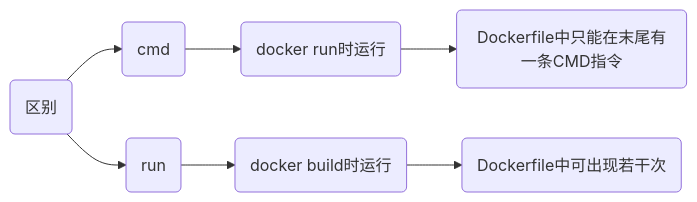
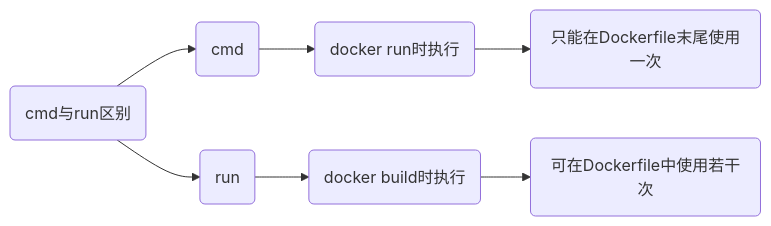
One commit to dmjcb/dmjcb.github.io changed the second of 2 diagrams in _posts/software/docker/2024-11-19-镜像构建.md. Above: the diagram before and after it, drawn with Mermaid. The commit also changed other lines of this file and 11 other files, not shown here.

````diff
--- a/_posts/software/docker/2024-11-19-镜像构建.md
+++ b/_posts/software/docker/2024-11-19-镜像构建.md
@@ -132,6 +212,6 @@
 ```mermaid
 graph LR;
-    X(区别)
-    X --> A(cmd) --> A1(docker run时运行) --> A2(Dockerfile中只能在末尾有一条CMD指令)
-    X --> B(run) --> B1(docker build时运行) --> B2(Dockerfile中可出现若干次)
+    X(cmd与run区别)
+    X -->A(cmd)-->A1(docker run时执行)-->A2(只能在Dockerfile末尾使用一次)
+    X -->B(run)-->B1(docker build时执行)-->B2(可在Dockerfile中使用若干次)
 ```
````
